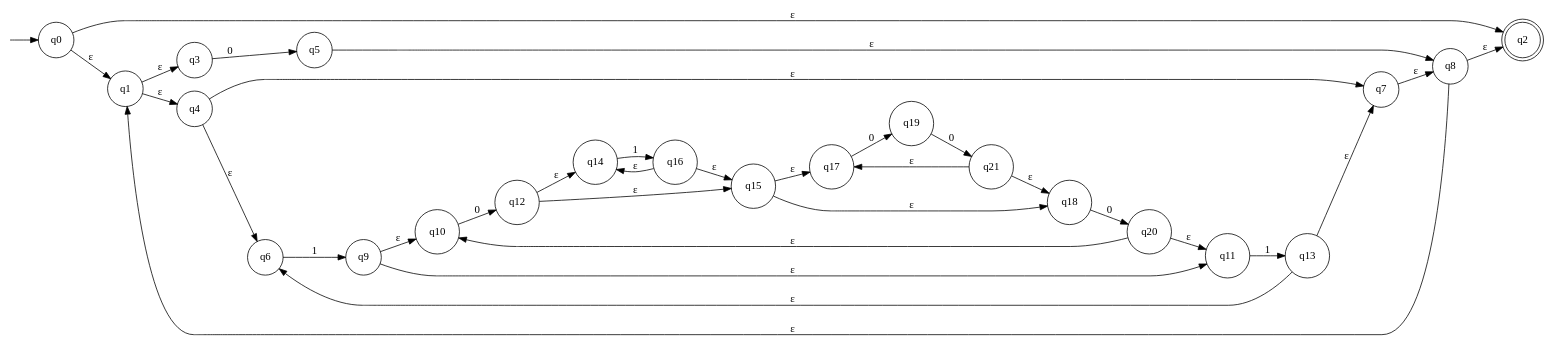
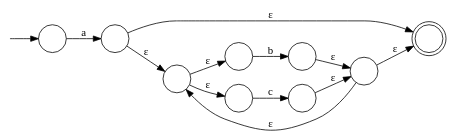
One commit to water-mizuu/finite_automata_conversion changed the diagram in nfa_e.dot. Above: the diagram before and after it, drawn with Graphviz. The commit also changed 10 other files, not shown here.

```diff
--- a/nfa_e.dot
+++ b/nfa_e.dot
@@ -1,59 +1,25 @@
 digraph G {
   rankdir=LR;
   n__ [label="" shape=none width=.0];
-  0 [shape=circle label="q0"]
-  1 [shape=doublecircle label="q2"]
-  2 [shape=circle label="q1"]
-  3 [shape=circle label="q8"]
-  4 [shape=circle label="q3"]
-  5 [shape=circle label="q5"]
-  6 [shape=circle label="q4"]
-  7 [shape=circle label="q7"]
-  8 [shape=circle label="q6"]
-  10 [shape=circle label="q9"]
-  12 [shape=circle label="q10"]
-  14 [shape=circle label="q12"]
-  16 [shape=circle label="q14"]
-  17 [shape=circle label="q16"]
-  18 [shape=circle label="q15"]
-  20 [shape=circle label="q17"]
-  22 [shape=circle label="q19"]
-  23 [shape=circle label="q21"]
-  24 [shape=circle label="q18"]
-  25 [shape=circle label="q20"]
-  26 [shape=circle label="q11"]
-  27 [shape=circle label="q13"]
+  0 [shape=circle label=""]
+  2 [shape=circle label=""]
+  3 [shape=doublecircle label=""]
+  4 [shape=circle label=""]
+  5 [shape=circle label=""]
+  6 [shape=circle label=""]
+  7 [shape=circle label=""]
+  8 [shape=circle label=""]
+  9 [shape=circle label=""]
   n__ -> 0;
-  4 -> 5 [label="0"]
-  8 -> 10 [label="1"]
-  12 -> 14 [label="0"]
-  16 -> 17 [label="1"]
-  14 -> 16 [label="ε"]
-  14 -> 18 [label="ε"]
-  17 -> 16 [label="ε"]
-  17 -> 18 [label="ε"]
-  20 -> 22 [label="0"]
-  22 -> 23 [label="0"]
-  18 -> 20 [label="ε"]
-  18 -> 24 [label="ε"]
-  23 -> 20 [label="ε"]
-  23 -> 24 [label="ε"]
-  24 -> 25 [label="0"]
-  10 -> 12 [label="ε"]
-  10 -> 26 [label="ε"]
-  25 -> 12 [label="ε"]
-  25 -> 26 [label="ε"]
-  26 -> 27 [label="1"]
-  6 -> 8 [label="ε"]
-  6 -> 7 [label="ε"]
-  27 -> 8 [label="ε"]
-  27 -> 7 [label="ε"]
+  0 -> 2 [label="a"]
+  6 -> 7 [label="b"]
+  8 -> 9 [label="c"]
+  4 -> 6 [label="ε"]
+  4 -> 8 [label="ε"]
+  7 -> 5 [label="ε"]
+  9 -> 5 [label="ε"]
   2 -> 4 [label="ε"]
-  2 -> 6 [label="ε"]
+  2 -> 3 [label="ε"]
+  5 -> 4 [label="ε"]
   5 -> 3 [label="ε"]
-  7 -> 3 [label="ε"]
-  0 -> 2 [label="ε"]
-  0 -> 1 [label="ε"]
-  3 -> 2 [label="ε"]
-  3 -> 1 [label="ε"]
 }
```
